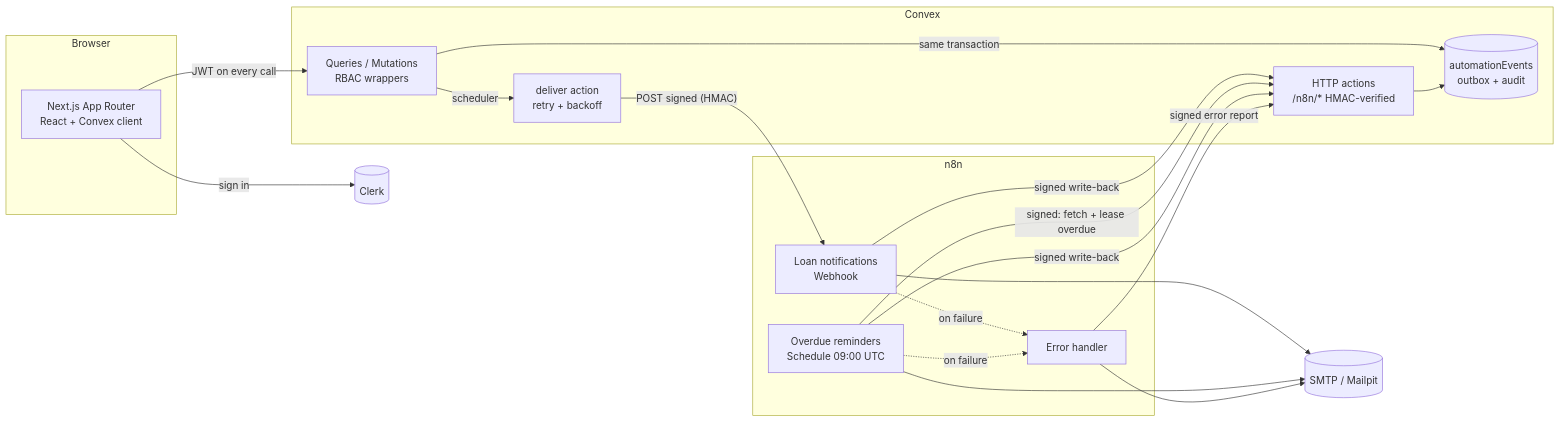
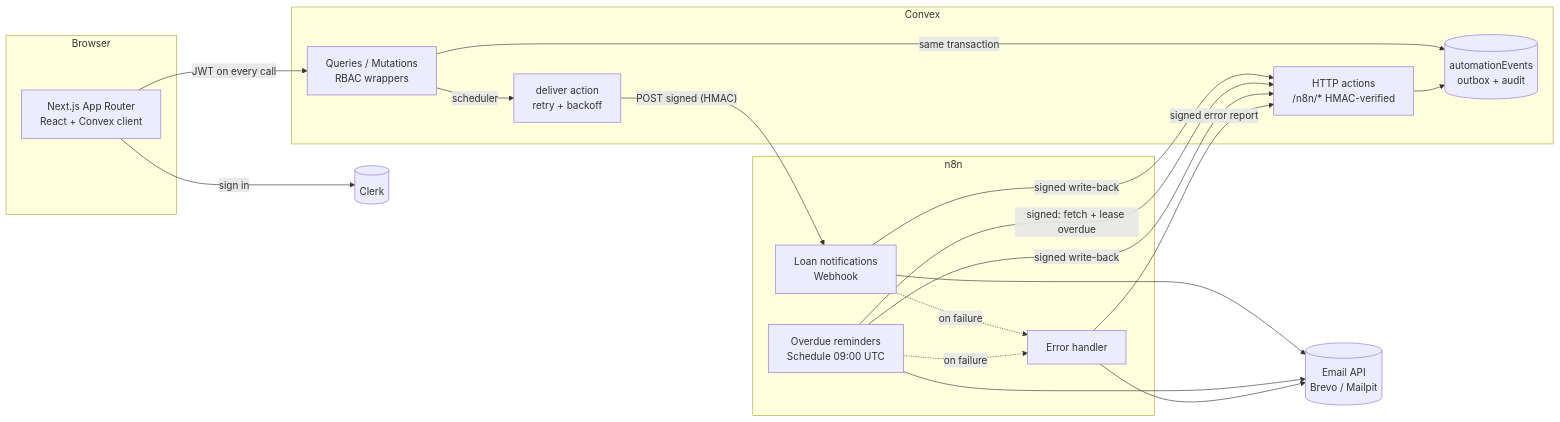
Before and after one commit to olawalefamoriyo/LendLoop: the diagram in README.md, drawn with Mermaid. The commit also changed other lines of this file and 7 other files, not shown here.

````diff
--- a/README.md
+++ b/README.md
@@ -47,34 +47,34 @@
 ```mermaid
 flowchart LR
   subgraph Browser
     UI[Next.js App Router<br/>React + Convex client]
   end
   Clerk[(Clerk)]
   subgraph Convex
     Q[Queries / Mutations<br/>RBAC wrappers]
     OB[(automationEvents<br/>outbox + audit)]
     ACT[deliver action<br/>retry + backoff]
     HTTP[HTTP actions<br/>/n8n/*  HMAC-verified]
   end
   subgraph n8n
     WF1[Loan notifications<br/>Webhook]
     WF2[Overdue reminders<br/>Schedule 09:00 UTC]
     WF3[Error handler]
   end
-  Mail[(SMTP / Mailpit)]
+  Mail[(Email API<br/>Brevo / Mailpit)]
 
   UI -- sign in --> Clerk
   UI -- JWT on every call --> Q
   Q -- same transaction --> OB
   Q -- scheduler --> ACT
   ACT -- "POST signed (HMAC)" --> WF1
   WF1 --> Mail
   WF1 -- "signed write-back" --> HTTP
   WF2 -- "signed: fetch + lease overdue" --> HTTP
   WF2 --> Mail
   WF2 -- "signed write-back" --> HTTP
   WF1 & WF2 -. on failure .-> WF3
   WF3 -- "signed error report" --> HTTP
   WF3 --> Mail
   HTTP --> OB
 ```
````
